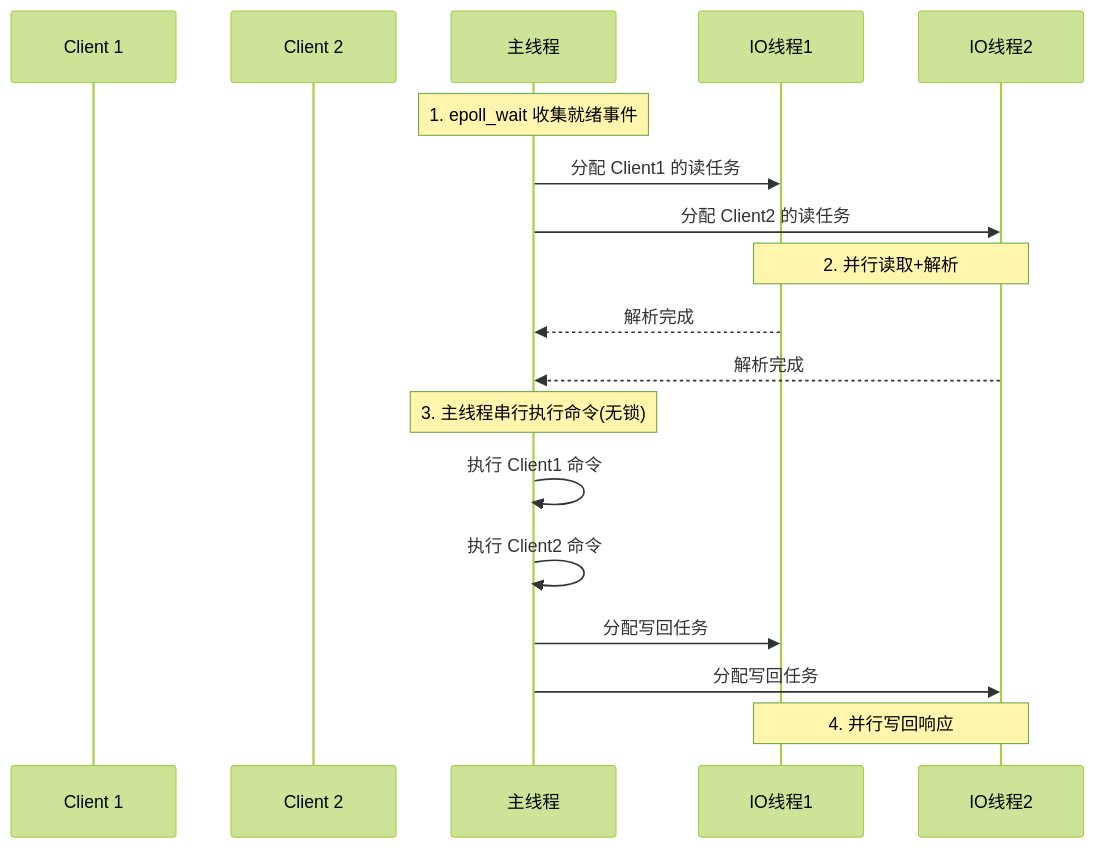
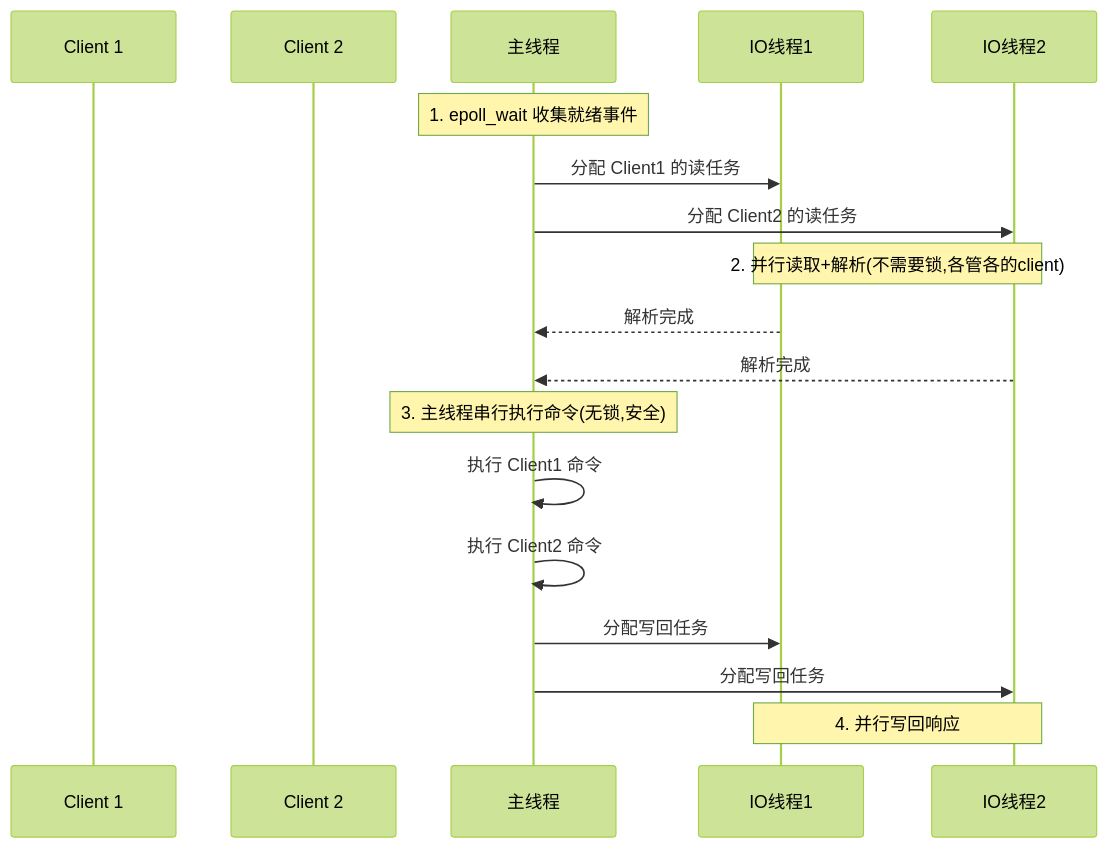
One commit to qigao0787-ops/gq-test changed the second of 31 diagrams in document/strengthen/分布式技术面试总结_增强版.md. Above: the diagram before and after it, drawn with Mermaid (forest theme). The commit also changed other lines of this file, not shown here.

````diff
--- a/document/strengthen/分布式技术面试总结_增强版.md
+++ b/document/strengthen/分布式技术面试总结_增强版.md
@@ -168,21 +209,21 @@
 ```mermaid
 sequenceDiagram
     participant C1 as Client 1
     participant C2 as Client 2
     participant MT as 主线程
     participant IO1 as IO线程1
     participant IO2 as IO线程2
 
     Note over MT: 1. epoll_wait 收集就绪事件
     MT->>IO1: 分配 Client1 的读任务
     MT->>IO2: 分配 Client2 的读任务
-    Note over IO1,IO2: 2. 并行读取+解析
+    Note over IO1,IO2: 2. 并行读取+解析(不需要锁,各管各的client)
     IO1-->>MT: 解析完成
     IO2-->>MT: 解析完成
-    Note over MT: 3. 主线程串行执行命令(无锁)
+    Note over MT: 3. 主线程串行执行命令(无锁,安全)
     MT->>MT: 执行 Client1 命令
     MT->>MT: 执行 Client2 命令
     MT->>IO1: 分配写回任务
     MT->>IO2: 分配写回任务
     Note over IO1,IO2: 4. 并行写回响应
 ```
````
